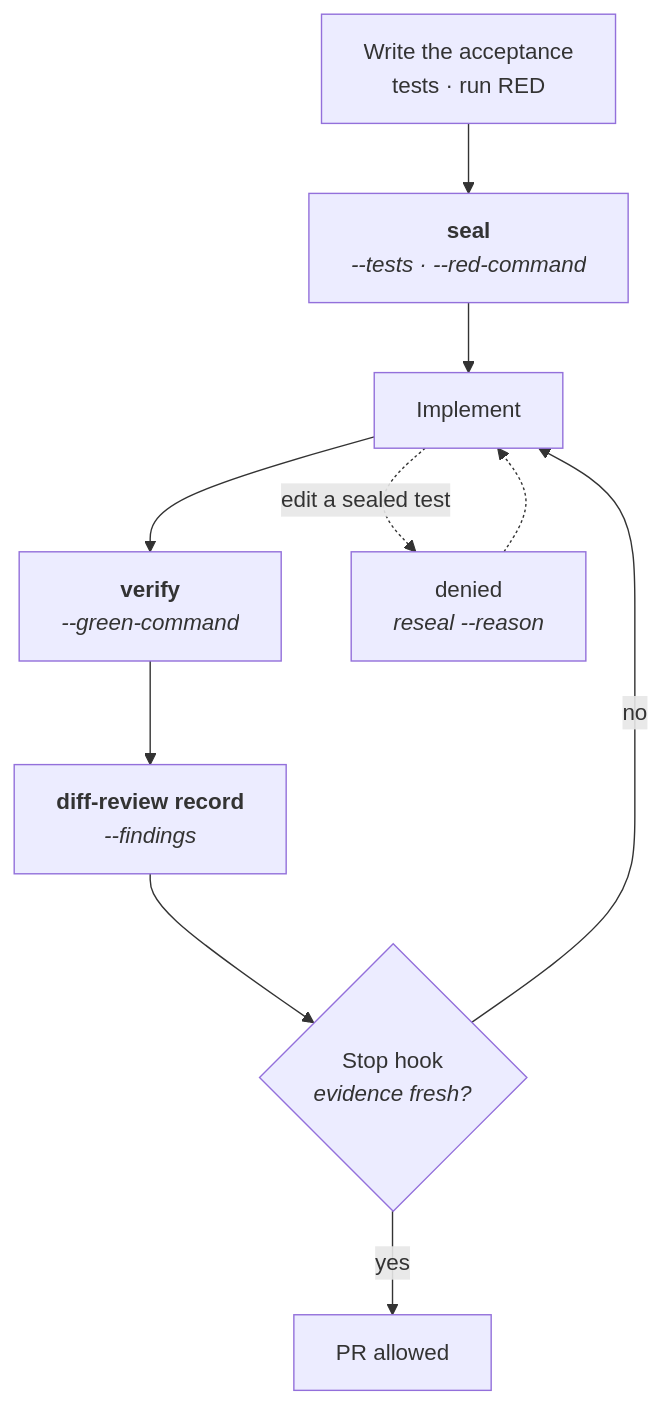
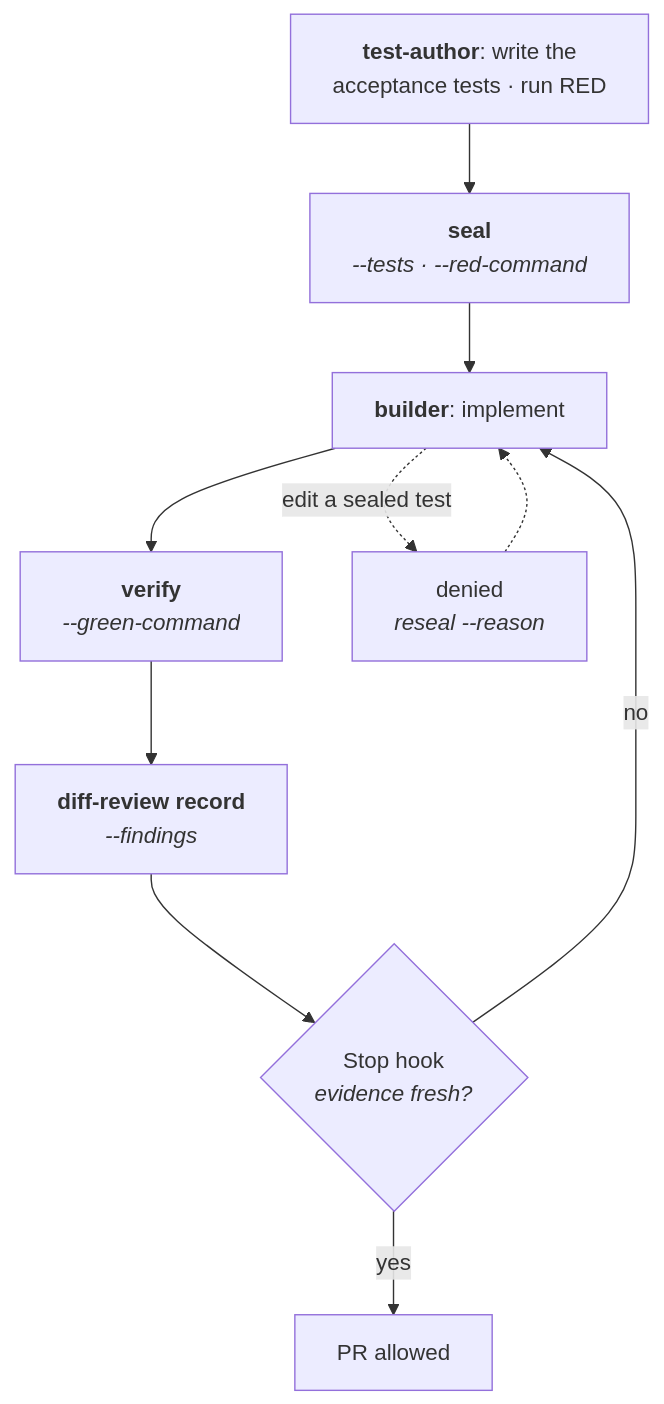
One commit to anvil008/nova changed the third of 3 diagrams in README.md. Above: the diagram before and after it, drawn with Mermaid. The commit also changed other lines of this file and 62 other files, not shown here.

````diff
--- a/README.md
+++ b/README.md
@@ -213,16 +305,16 @@
 ```mermaid
 flowchart TB
-    Red["Write the acceptance<br/>tests · run RED"]
+    Red["<b>test-author</b>: write the<br/>acceptance tests · run RED"]
     Seal["<b>seal</b><br/><i>--tests · --red-command</i>"]
-    Impl["Implement"]
+    Impl["<b>builder</b>: implement"]
     Verify["<b>verify</b><br/><i>--green-command</i>"]
     Review["<b>diff-review record</b><br/><i>--findings</i>"]
     Stop{"Stop hook<br/><i>evidence fresh?</i>"}
     PR["PR allowed"]
 
     Red --> Seal --> Impl --> Verify --> Review --> Stop
     Stop -->|yes| PR
     Stop -->|no| Impl
     Impl -.->|"edit a sealed test"| Denied["denied<br/><i>reseal --reason</i>"]
     Denied -.-> Impl
 ```
````
